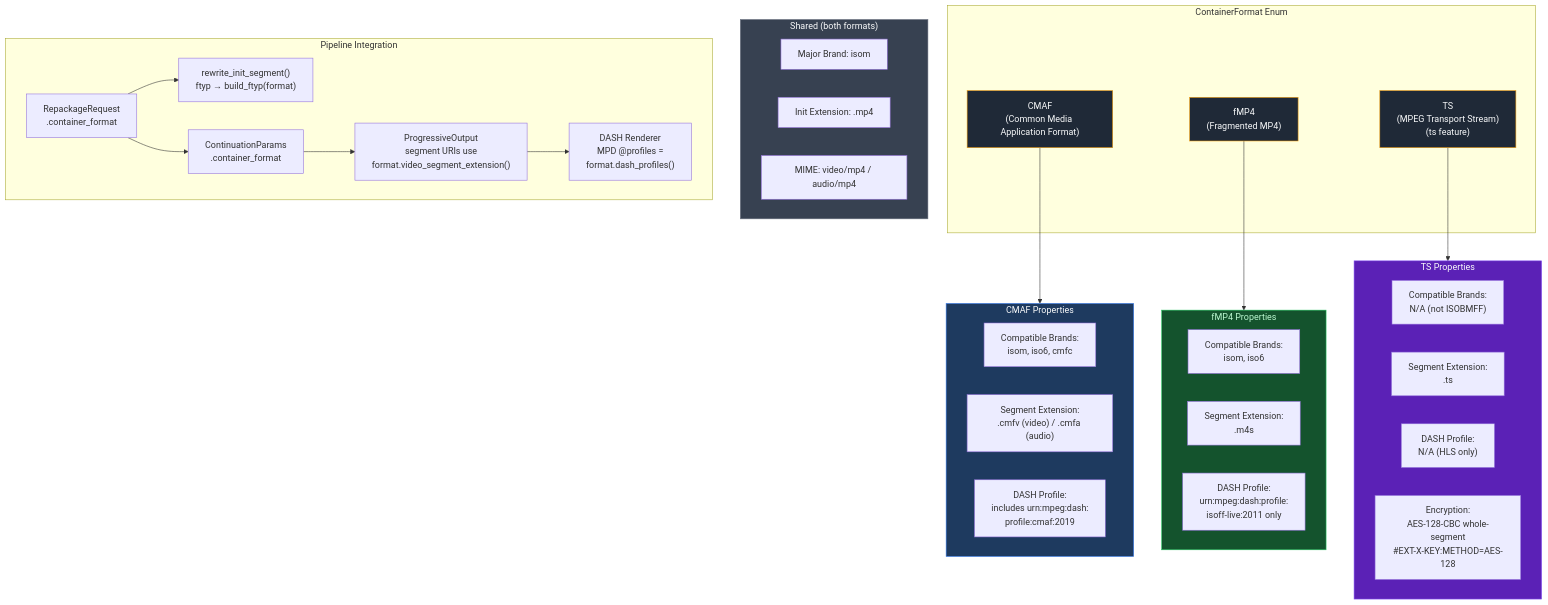
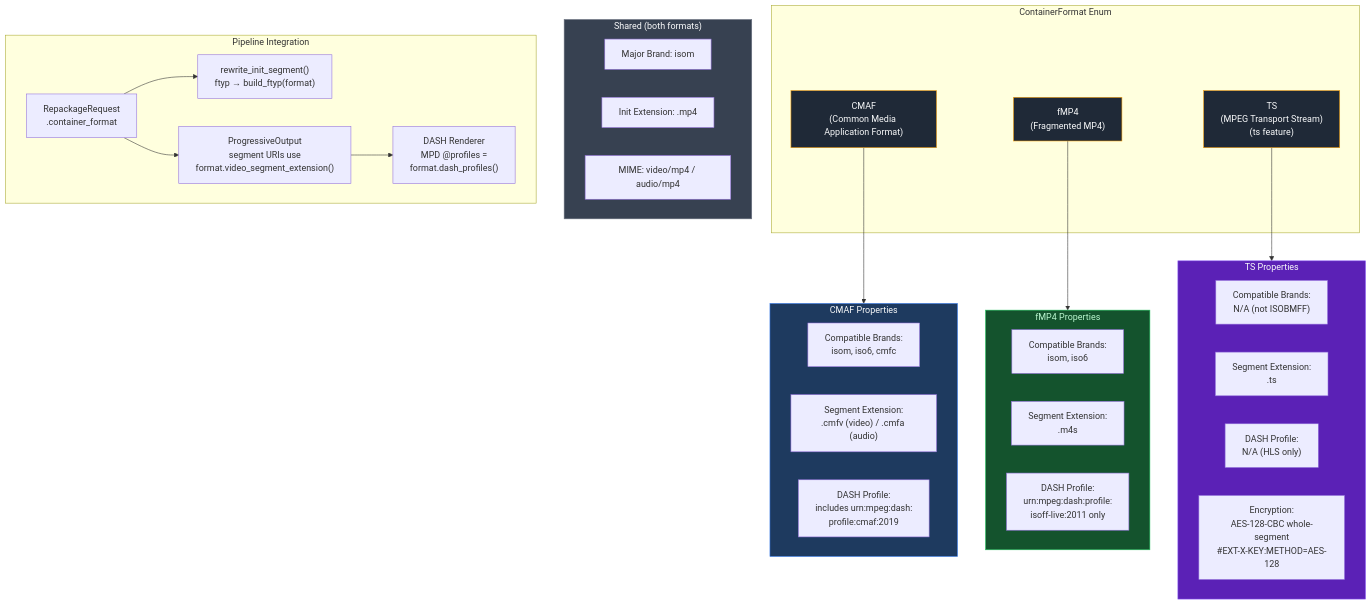
Before and after one commit to adrums86/edgepack: diagram 11 of 11 in docs/architecture.md, drawn with Mermaid. The commit also changed other lines of this file and 3 other files, not shown here.

````diff
--- a/docs/architecture.md
+++ b/docs/architecture.md
@@ -579,57 +579,55 @@
 ```mermaid
 graph TB
     subgraph ContainerFormat["ContainerFormat Enum"]
         CMAF["CMAF<br/>(Common Media Application Format)"]
         FMP4["fMP4<br/>(Fragmented MP4)"]
         TS["TS<br/>(MPEG Transport Stream)<br/>(ts feature)"]
     end
 
     subgraph CMAF_Props["CMAF Properties"]
         style CMAF_Props fill:#1E3A5F,stroke:#3B82F6,color:#F9FAFB
         CMAF_Brands["Compatible Brands:<br/>isom, iso6, cmfc"]
         CMAF_SegExt["Segment Extension:<br/>.cmfv (video) / .cmfa (audio)"]
         CMAF_Profile["DASH Profile:<br/>includes urn:mpeg:dash:<br/>profile:cmaf:2019"]
     end
 
     subgraph FMP4_Props["fMP4 Properties"]
         style FMP4_Props fill:#14532D,stroke:#22C55E,color:#BBF7D0
         FMP4_Brands["Compatible Brands:<br/>isom, iso6"]
         FMP4_SegExt["Segment Extension:<br/>.m4s"]
         FMP4_Profile["DASH Profile:<br/>urn:mpeg:dash:profile:<br/>isoff-live:2011 only"]
     end
 
     subgraph Shared["Shared (both formats)"]
         style Shared fill:#374151,stroke:#6B7280,color:#F9FAFB
         MajorBrand["Major Brand: isom"]
         InitExt["Init Extension: .mp4"]
         MIME["MIME: video/mp4 / audio/mp4"]
     end
 
     subgraph Pipeline["Pipeline Integration"]
         Req["RepackageRequest<br/>.container_format"]
         Init["rewrite_init_segment()<br/>ftyp → build_ftyp(format)"]
         Prog["ProgressiveOutput<br/>segment URIs use<br/>format.video_segment_extension()"]
         Dash["DASH Renderer<br/>MPD @profiles =<br/>format.dash_profiles()"]
-        Cont["ContinuationParams<br/>.container_format"]
     end
 
     subgraph TS_Props["TS Properties"]
         style TS_Props fill:#5B21B6,stroke:#8B5CF6,color:#F9FAFB
         TS_Brands["Compatible Brands:<br/>N/A (not ISOBMFF)"]
         TS_SegExt["Segment Extension:<br/>.ts"]
         TS_Profile["DASH Profile:<br/>N/A (HLS only)"]
         TS_Enc["Encryption:<br/>AES-128-CBC whole-segment<br/>#EXT-X-KEY:METHOD=AES-128"]
     end
 
     CMAF --> CMAF_Props
     FMP4 --> FMP4_Props
     TS --> TS_Props
 
     Req --> Init
-    Req --> Cont
-    Cont --> Prog
+    Req --> Prog
     Prog --> Dash
 
     classDef enum fill:#1F2937,stroke:#F59E0B,color:#F9FAFB
     class CMAF,FMP4,TS enum
 ```
````
